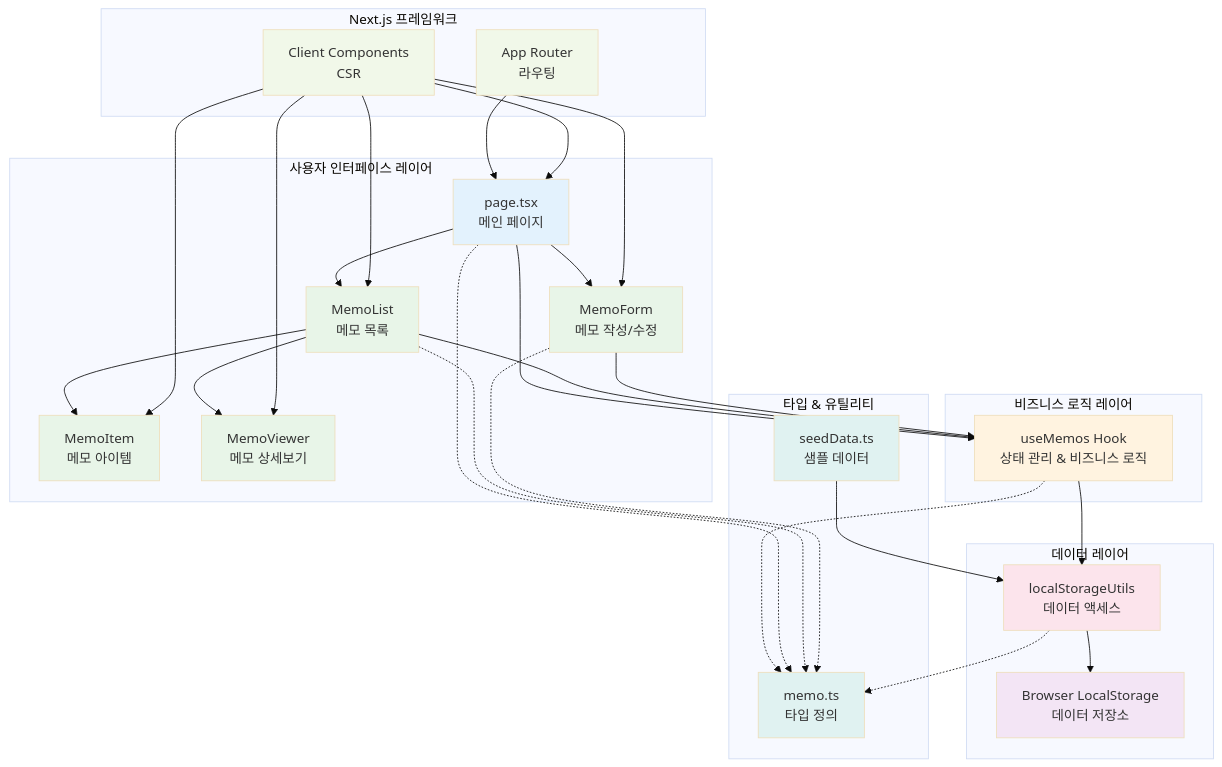
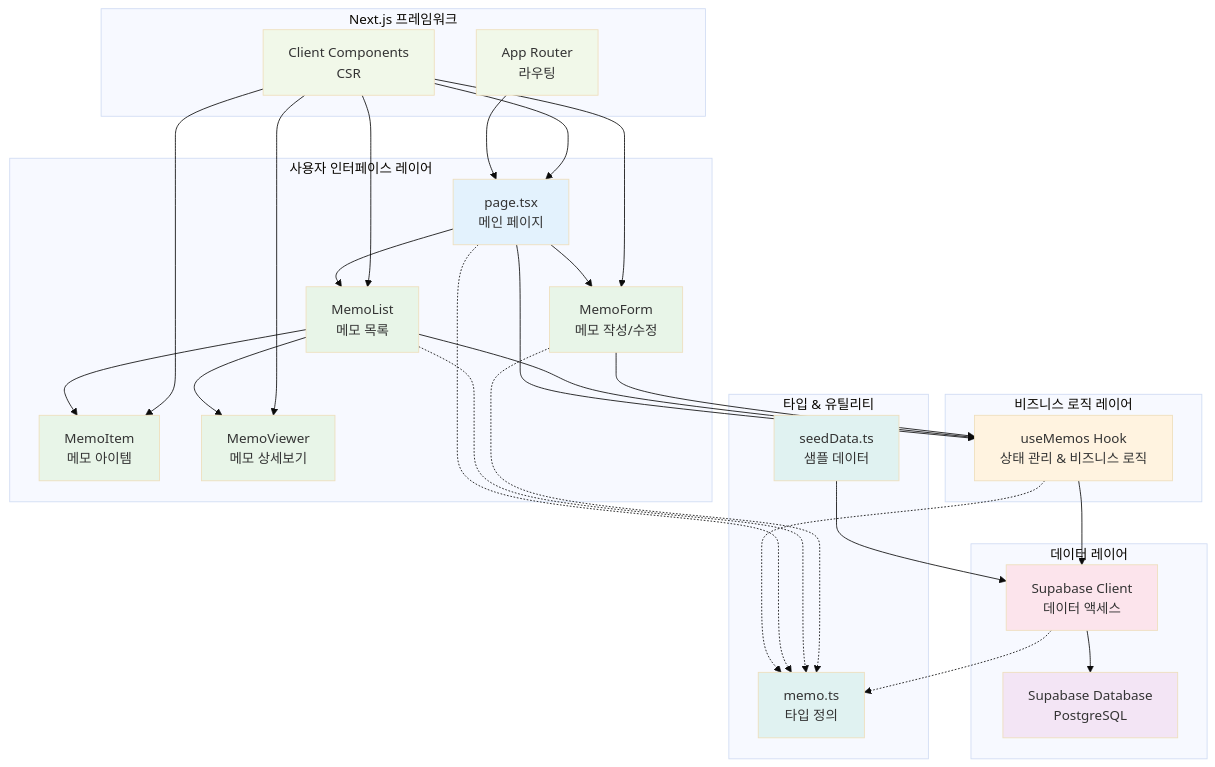
One commit to swtalk/memo-app changed the diagram in docs/system-architecture.md. Above: the diagram before and after it, drawn with Mermaid (base theme). The commit also changed other lines of this file and 23 other files, not shown here.

````diff
--- a/docs/system-architecture.md
+++ b/docs/system-architecture.md
@@ -9,70 +9,70 @@
 ```mermaid
 graph TB
     subgraph "사용자 인터페이스 레이어"
         A[page.tsx<br/>메인 페이지] --> B[MemoList<br/>메모 목록]
         A --> C[MemoForm<br/>메모 작성/수정]
         B --> D[MemoItem<br/>메모 아이템]
         B --> E[MemoViewer<br/>메모 상세보기]
         
         style A fill:#e3f2fd
         style B fill:#e8f5e8
         style C fill:#e8f5e8
         style D fill:#e8f5e8
         style E fill:#e8f5e8
     end
 
     subgraph "비즈니스 로직 레이어"
         F[useMemos Hook<br/>상태 관리 & 비즈니스 로직]
         
         style F fill:#fff3e0
     end
 
     subgraph "데이터 레이어"
-        G[localStorageUtils<br/>데이터 액세스]
-        H[Browser LocalStorage<br/>데이터 저장소]
+        G[Supabase Client<br/>데이터 액세스]
+        H[Supabase Database<br/>PostgreSQL]
         
         style G fill:#fce4ec
         style H fill:#f3e5f5
     end
 
     subgraph "타입 & 유틸리티"
         I[memo.ts<br/>타입 정의]
         J[seedData.ts<br/>샘플 데이터]
         
         style I fill:#e0f2f1
         style J fill:#e0f2f1
     end
 
     subgraph "Next.js 프레임워크"
         K[App Router<br/>라우팅]
         L[Client Components<br/>CSR]
         
         style K fill:#f1f8e9
         style L fill:#f1f8e9
     end
 
     %% 데이터 플로우
     A --> F
     B --> F
     C --> F
     F --> G
     G --> H
 
     %% 타입 의존성
     F -.-> I
     A -.-> I
     B -.-> I
     C -.-> I
     G -.-> I
 
     %% 샘플 데이터
     J --> G
 
     %% Next.js 레이어
     K --> A
     L --> A
     L --> B
     L --> C
     L --> D
     L --> E
 ```
````
